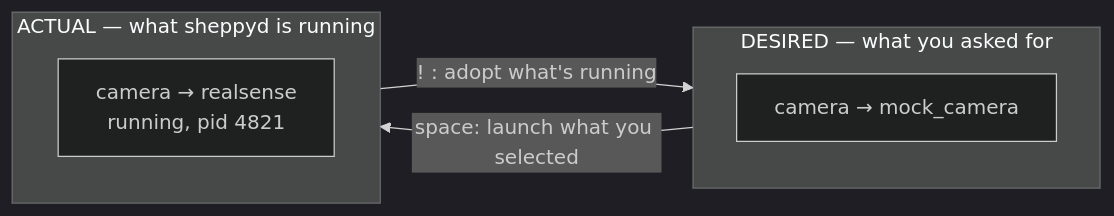
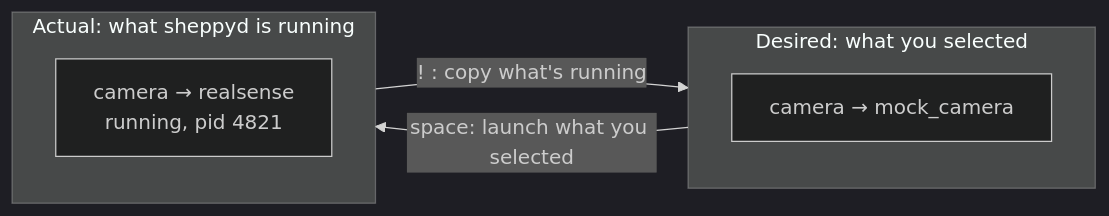
The second of 3 diagrams in docs/concepts.mdx (rammp-org/sheppy), drawn with Mermaid (dark theme) before and after one commit. The commit also changed other lines of this file and 17 other files, not shown here.

````diff
--- a/docs/concepts.mdx
+++ b/docs/concepts.mdx
@@ -55,11 +56,11 @@
 ```mermaid
 flowchart LR
-  subgraph D["DESIRED — what you asked for"]
+  subgraph D["Desired: what you selected"]
     A["camera → mock_camera"]
   end
-  subgraph A2["ACTUAL — what sheppyd is running"]
+  subgraph A2["Actual: what sheppyd is running"]
     B["camera → realsense<br/>running, pid 4821"]
   end
   D -->|"space: launch what you selected"| A2
-  A2 -->|"! : adopt what's running"| D
+  A2 -->|"! : copy what's running"| D
 ```
````
